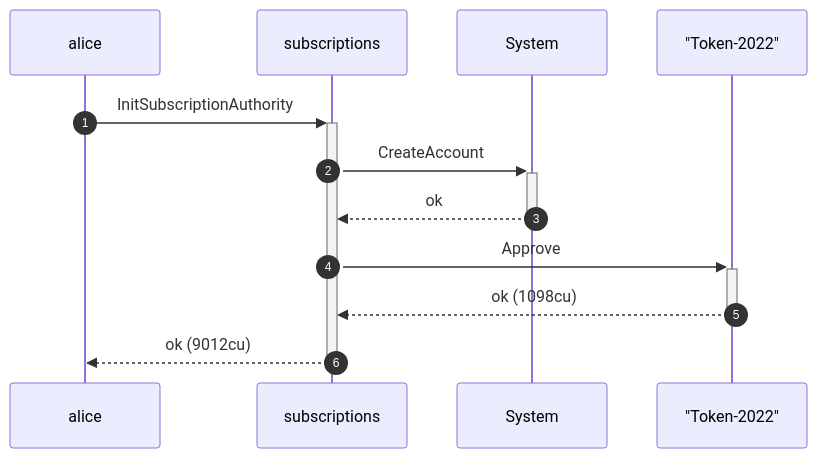
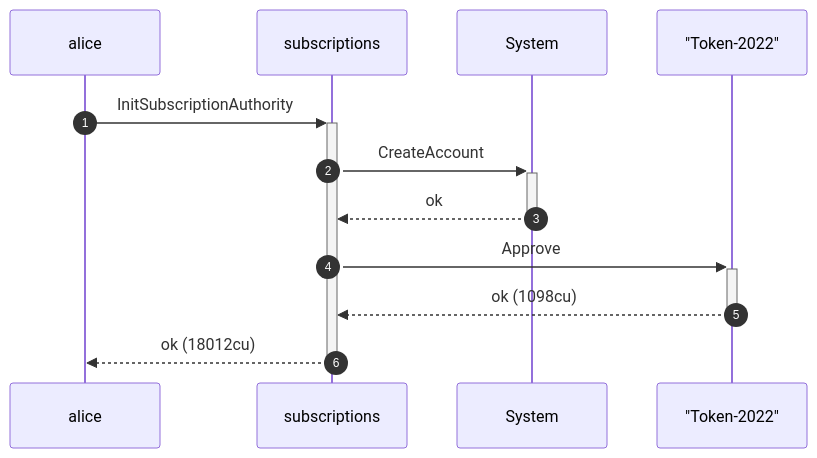
The second of 4 diagrams in dsl_tests/initialize-over-a-token-2022-mint---transferhook--.md (cds-rs/subscriptions), drawn with Mermaid before and after one commit. The commit also changed other lines of this file and 224 other files, not shown here.

````diff
--- a/dsl_tests/initialize-over-a-token-2022-mint---transferhook--.md
+++ b/dsl_tests/initialize-over-a-token-2022-mint---transferhook--.md
@@ -38,14 +39,14 @@
 ```mermaid
 sequenceDiagram
     autonumber
     participant alice
     participant subscriptions
     participant System
     participant Token_2022 as "Token-2022"
     alice ->>+ subscriptions: InitSubscriptionAuthority
     subscriptions ->>+ System: CreateAccount
     System -->>- subscriptions: ok
     subscriptions ->>+ Token_2022: Approve
     Token_2022 -->>- subscriptions: ok (1098cu)
-    subscriptions -->>- alice: ok (9012cu)
+    subscriptions -->>- alice: ok (18012cu)
 ```
````
